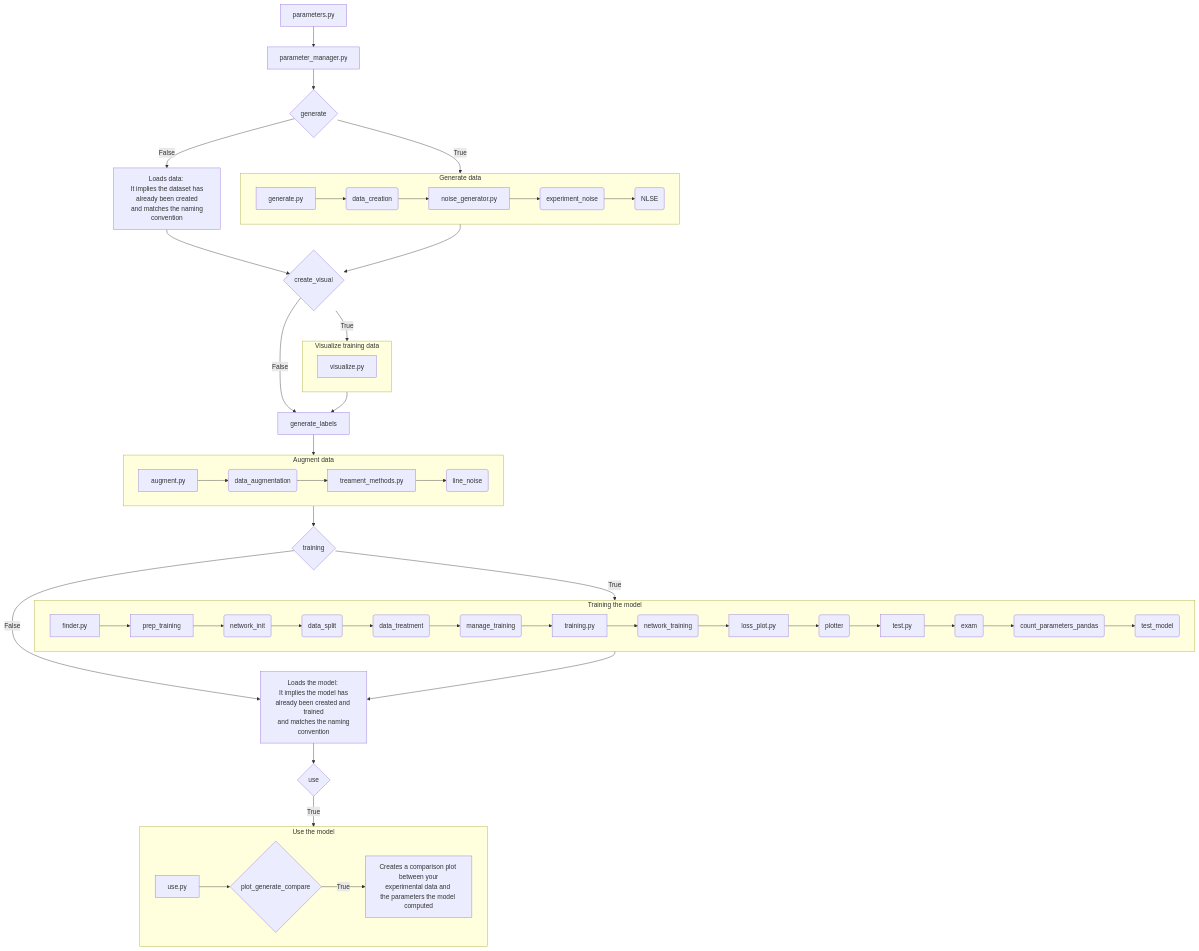
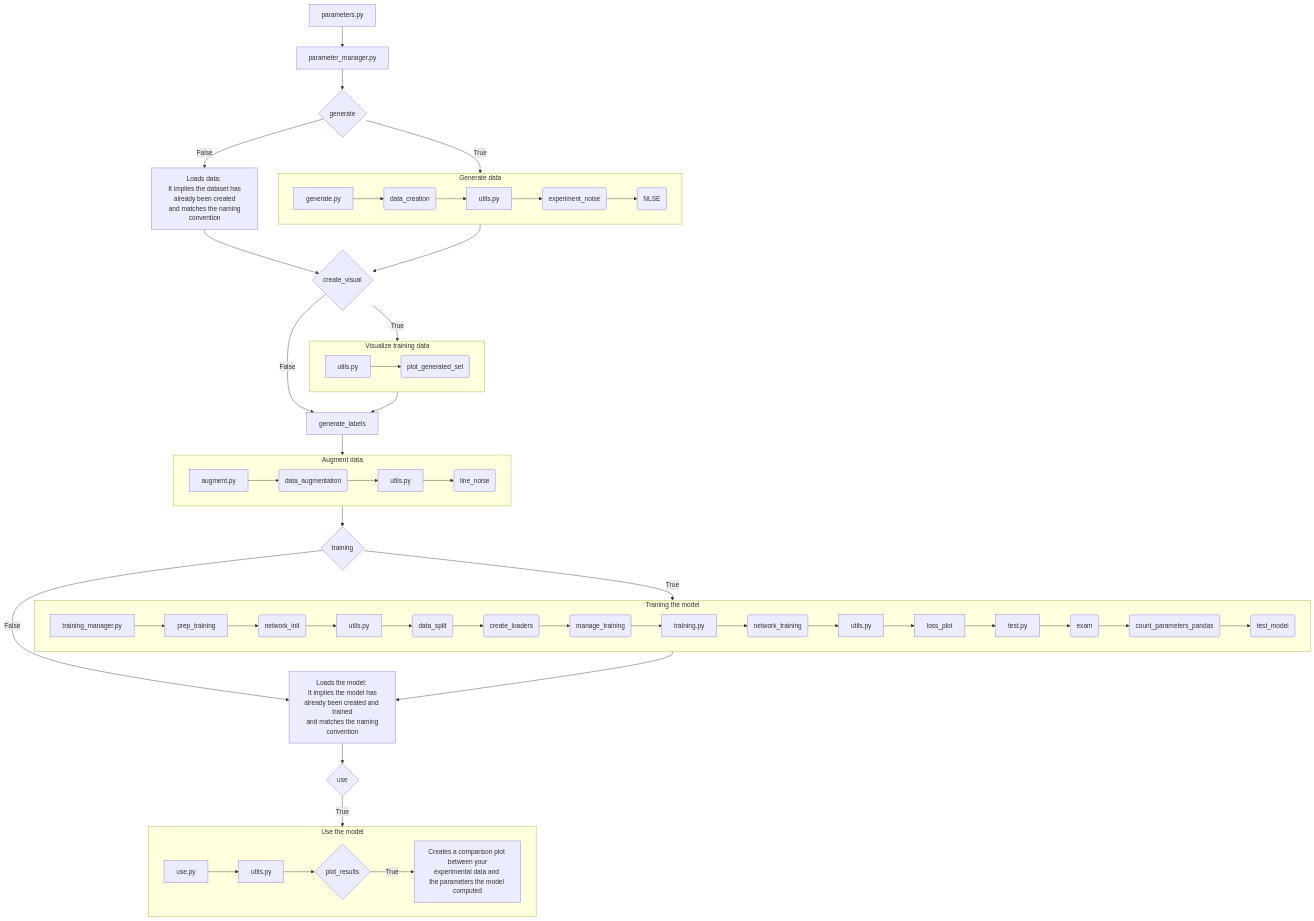
Before and after one commit to Quantum-Optics-LKB/xp2nlse-ml: the fourth of 4 diagrams in README.md, drawn with Mermaid. The commit also changed other lines of this file and 4 other files, not shown here.

````diff
--- a/README.md
+++ b/README.md
@@ -168,63 +168,66 @@
 ```mermaid
 graph TD
     A[parameters.py] --> B[parameter_manager.py]
     B --> C{generate}
     C --> |True| sub1
     C --> |False| D[Loads data: \n It implies the dataset has already been created\n and matches the naming convention]
     sub1 --> G{create_visual}
     D --> G
     G --> |True| sub5
     G --> |False| L[generate_labels]
     sub5 --> L[generate_labels]
     L --> sub2
     sub2 --> E{training}
     E --> |True| sub3
     E --> |False| K[Loads the model: \n It implies the model has already been created and trained\n and matches the naming convention]
     K --> F{use}
     F --> |True| sub4
     sub3 --> K
 
     
     subgraph sub1[Generate data]
         C1[generate.py] --> C2(data_creation)
-        C2 --> C3[noise_generator.py]
+        C2 --> C3[utils.py]
         C3 --> C4(experiment_noise)
         C4 --> C5(NLSE)
         
     end
     subgraph sub2[Augment data]
         F1[augment.py] --> F2(data_augmentation)  
-        F2 --> F3[treament_methods.py]
+        F2 --> F3[utils.py]
         F3 --> F5(line_noise)
 
     end
     
     subgraph sub3[Training the model]
-        D1[finder.py]
+        D1[training_manager.py]
         D1 --> D2[prep_training]
         D2 --> D3(network_init)
-        D3 --> D4(data_split)
-        D4 --> D5(data_treatment)
+        D3 --> D15[utils.py]
+        D15 --> D4(data_split)
+        D4 --> D5(create_loaders)
         D5 --> D6(manage_training)
         D6 --> D7[training.py] 
         D7 --> D8(network_training)
-        D8 --> D9[loss_plot.py]
-        D9 --> D10(plotter)
-        D10 --> D11[test.py]
+        D8 --> D16[utils.py]
+        D16 --> D9[loss_plot]
+        D9 --> D11[test.py]
         D11 --> D12(exam)
         D12 --> D13(count_parameters_pandas)
         D13 --> D14(test_model)
 
     end
 
     subgraph sub4[Use the model]
         E1[use.py]
-        E1 --> E2{plot_generate_compare}
+        E1 --> E4[utils.py]
+        E4 --> E2{plot_results}
         E2 --> |True| E3[Creates a comparison plot \n between your experimental data and \nthe parameters the model computed]
 
     end
 
     subgraph sub5[Visualize training data]
-        G1[visualize.py]
+        G1[utils.py]
+        G1 --> G2(plot_generated_set)
     end
 ```
````
